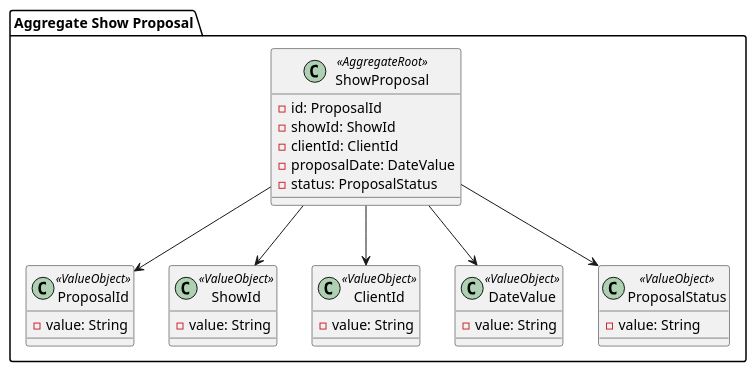
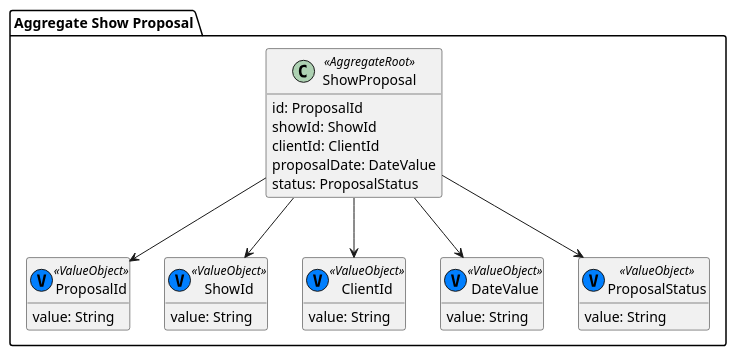
Before and after one commit to HenriqueSilva18/Drone-Show-Management-System: the diagram in docs/us_110/subDomains/domains/aggregate_show_proposal.puml, drawn with PlantUML. The commit also changed 7 other files, not shown here.

```diff
--- a/docs/us_110/subDomains/domains/aggregate_show_proposal.puml
+++ b/docs/us_110/subDomains/domains/aggregate_show_proposal.puml
@@ -1,41 +1,43 @@
 @startuml
+hide methods
+
 package "Aggregate Show Proposal" {
 
     ' Agregado ShowProposal (Aggregate Root)
     class ShowProposal <<AggregateRoot>> {
-        - id: ProposalId
-        - showId: ShowId
-        - clientId: ClientId
-        - proposalDate: DateValue
-        - status: ProposalStatus
+        id: ProposalId
+        showId: ShowId
+        clientId: ClientId
+        proposalDate: DateValue
+        status: ProposalStatus
     }
 
     ' Value Objects associados
-    class ProposalId <<ValueObject>> {
-        - value: String
+    class ProposalId <<(V, #007fff) ValueObject>> {
+        value: String
     }
 
-    class ShowId <<ValueObject>> {
-        - value: String
+    class ShowId <<(V, #007fff) ValueObject>> {
+        value: String
     }
 
-    class ClientId <<ValueObject>> {
-        - value: String
+    class ClientId <<(V, #007fff) ValueObject>> {
+        value: String
     }
 
-    class DateValue <<ValueObject>> {
-        - value: String
+    class DateValue <<(V, #007fff) ValueObject>> {
+        value: String
     }
 
-    class ProposalStatus <<ValueObject>> {
-        - value: String
+    class ProposalStatus <<(V, #007fff) ValueObject>> {
+        value: String
     }
 
     ' Ligações
     ShowProposal --> ProposalId
     ShowProposal --> ShowId
     ShowProposal --> ClientId
     ShowProposal --> DateValue
     ShowProposal --> ProposalStatus
 }
 @enduml
```
